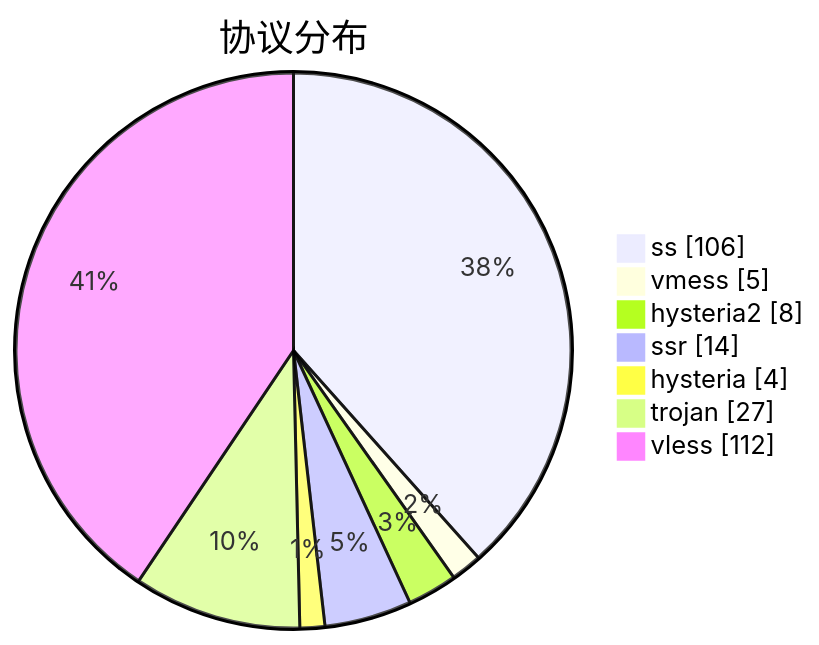
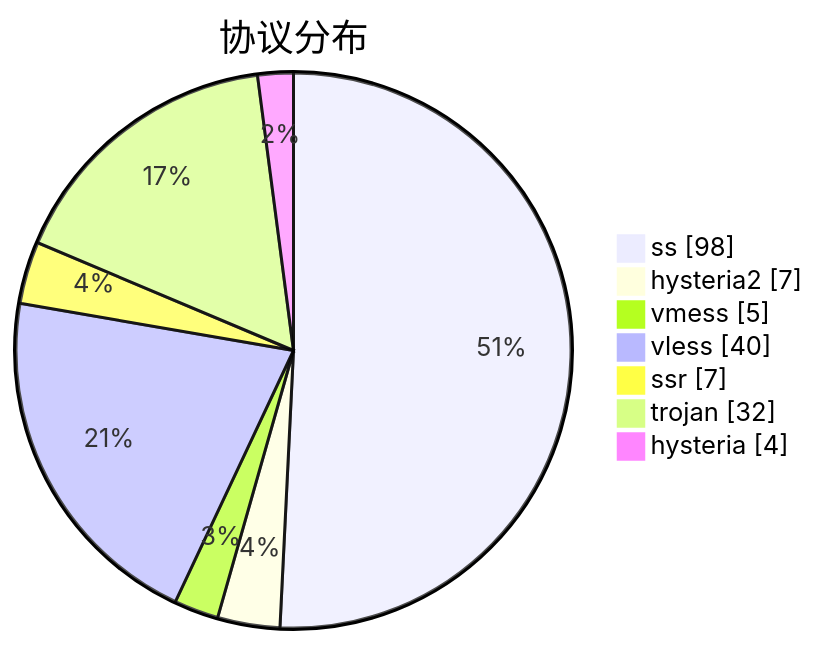
The third of 3 diagrams in subs/statistics/tested_within.md (sinspired/airport), drawn with Mermaid before and after one commit. The commit also changed other lines of this file and 2 other files, not shown here.

````diff
--- a/subs/statistics/tested_within.md
+++ b/subs/statistics/tested_within.md
@@ -41,11 +35,11 @@
 ```mermaid
 pie showData
 title 协议分布
-"ss" : 106
+"ss" : 98
+"hysteria2" : 7
 "vmess" : 5
-"hysteria2" : 8
-"ssr" : 14
+"vless" : 40
+"ssr" : 7
+"trojan" : 32
 "hysteria" : 4
-"trojan" : 27
-"vless" : 112
 ```
````
